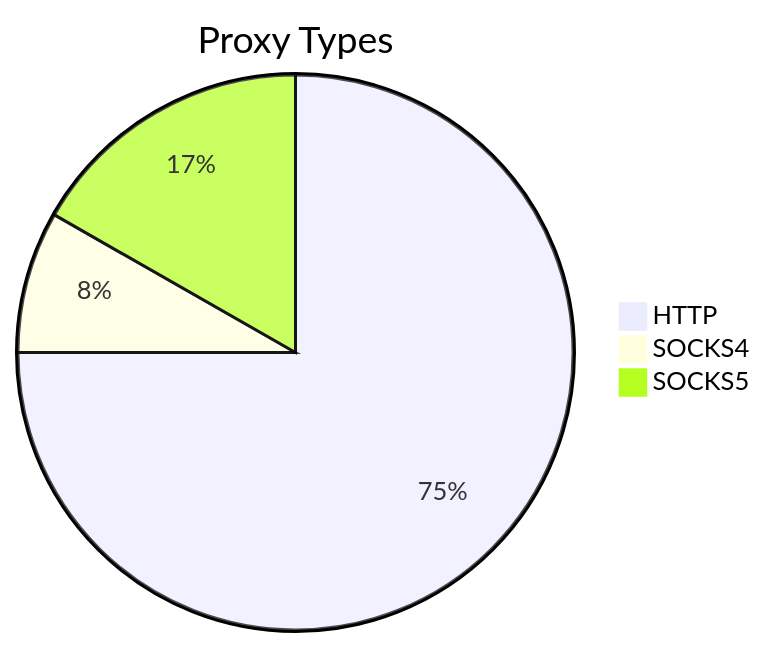
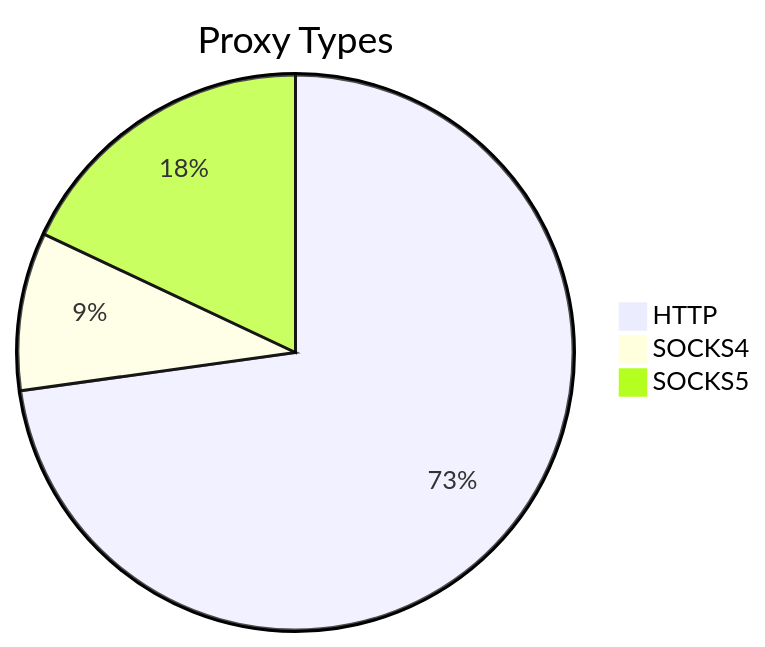
Before and after one commit to stormsia/proxy-list: the first of 2 diagrams in README.md, drawn with Mermaid. The commit also changed other lines of this file, not shown here.

````diff
--- a/README.md
+++ b/README.md
@@ -21,6 +21,6 @@
 ```mermaid
 pie title Proxy Types
-    "HTTP" : 336
-    "SOCKS4" : 37
-    "SOCKS5" : 75
+    "HTTP" : 364
+    "SOCKS4" : 46
+    "SOCKS5" : 90
 ```
````
